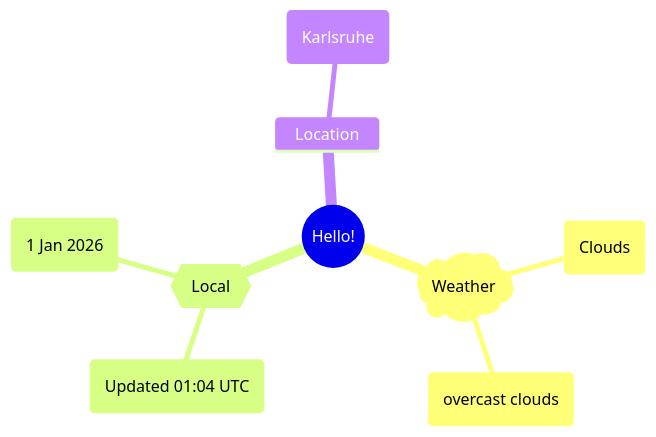
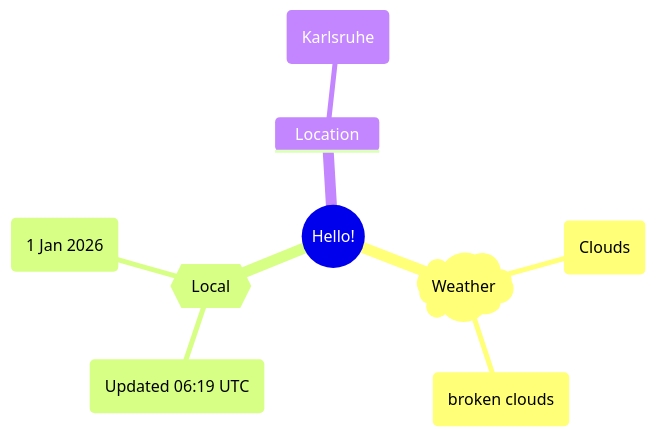
The first of 2 diagrams in README.md (Xosrov/Xosrov), drawn with Mermaid before and after one commit.

Commit message:
[bot] updated images

````diff
--- a/README.md
+++ b/README.md
@@ -3,12 +3,12 @@
 ```mermaid
 mindmap
   root((Hello!))
     )Weather(
         (Clouds)
-        (overcast clouds)
+        (broken clouds)
     {{Local}}
-        (Updated 01:04 UTC)
+        (Updated 06:19 UTC)
         (1 Jan 2026)
     Location
         (Karlsruhe)
 ```
````
